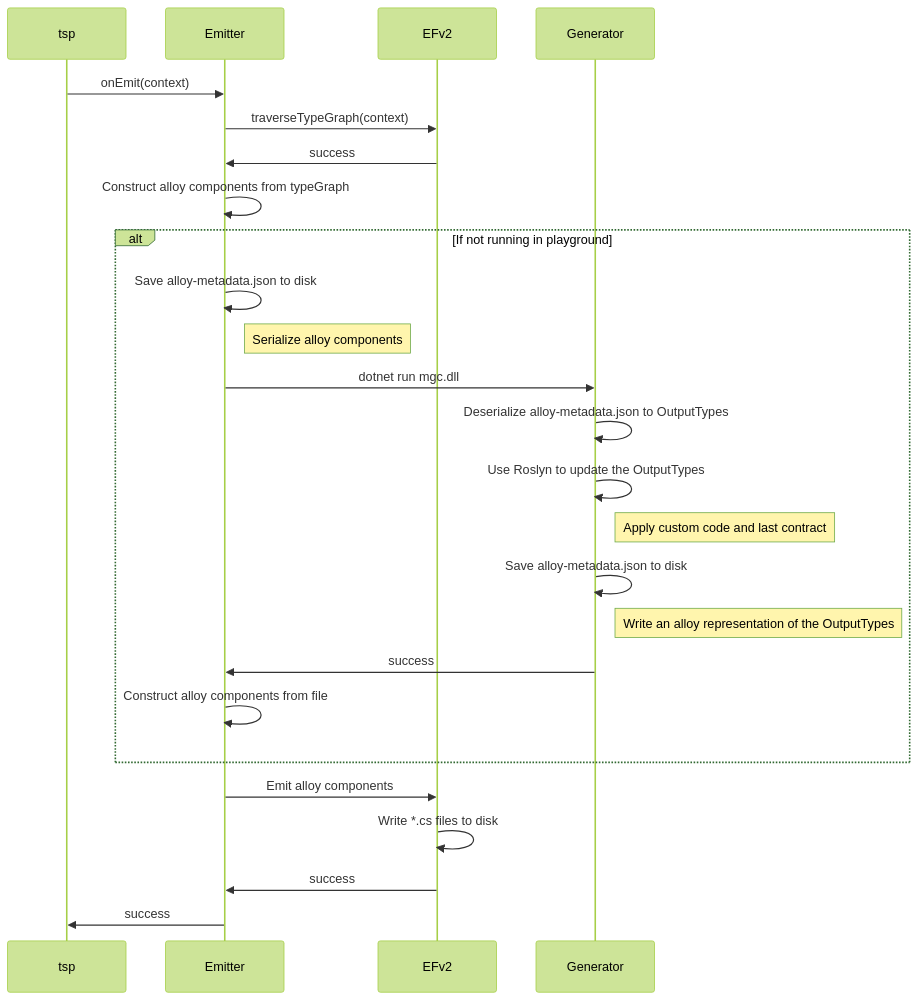
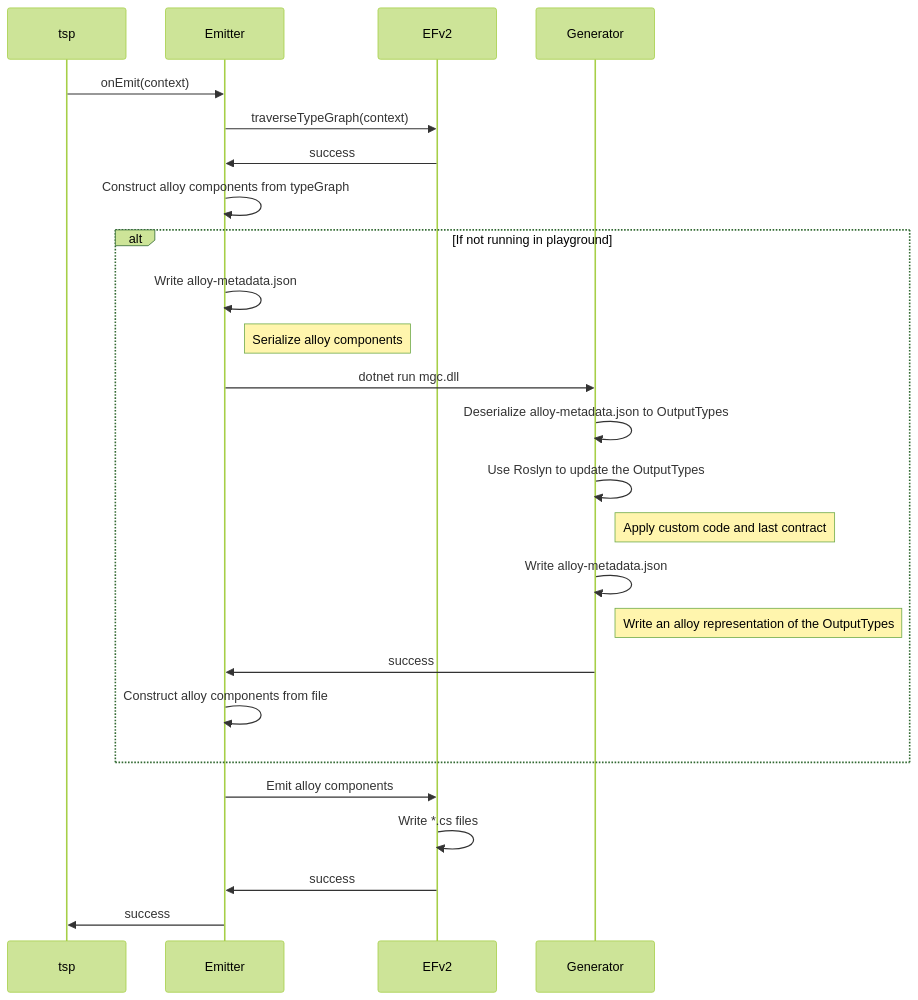
Before and after one commit to m-nash/typespec: the third of 3 diagrams in packages/http-client-csharp/generator/docs/Efv2.md, drawn with Mermaid (forest theme). The commit also changed other lines of this file, not shown here.

Commit message:
update diagram

````diff
--- a/packages/http-client-csharp/generator/docs/Efv2.md
+++ b/packages/http-client-csharp/generator/docs/Efv2.md
@@ -462,27 +462,27 @@
 ```mermaid
 sequenceDiagram
     participant A as tsp
     participant B as Emitter
     participant D as EFv2
     participant E as Generator
     A->>B: onEmit(context)
     B->>D: traverseTypeGraph(context)
     D->>B: success
     B->>B: Construct alloy components from typeGraph
     alt If not running in playground
-        B->>B: Save alloy-metadata.json to disk
+        B->>B: Write alloy-metadata.json
         Note right of B: Serialize alloy components
         B->>E: dotnet run mgc.dll
         E->>E: Deserialize alloy-metadata.json to OutputTypes
         E->>E: Use Roslyn to update the OutputTypes
         Note right of E: Apply custom code and last contract
-        E->>E: Save alloy-metadata.json to disk
+        E->>E: Write alloy-metadata.json
         Note right of E: Write an alloy representation of the OutputTypes
         E->>B: success
         B->>B: Construct alloy components from file
     end
     B->>D: Emit alloy components
-    D->>D: Write *.cs files to disk
+    D->>D: Write *.cs files
     D->>B: success
     B->>A: success
 ```
````
